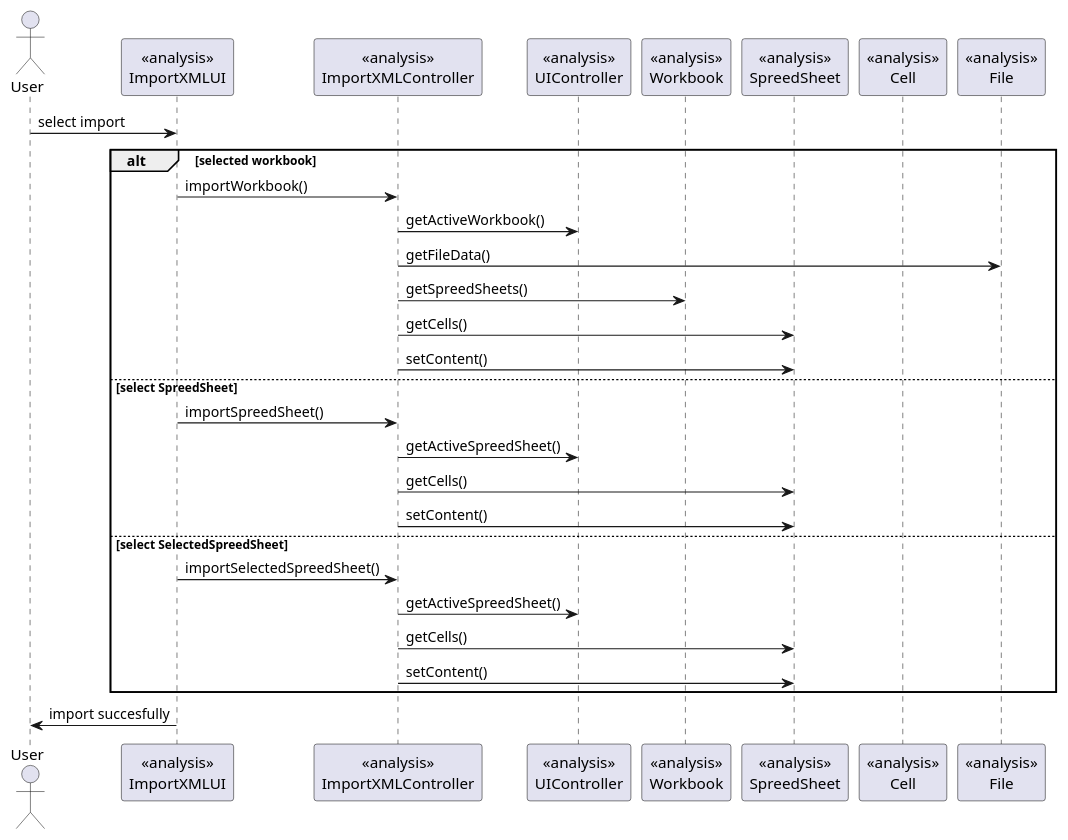
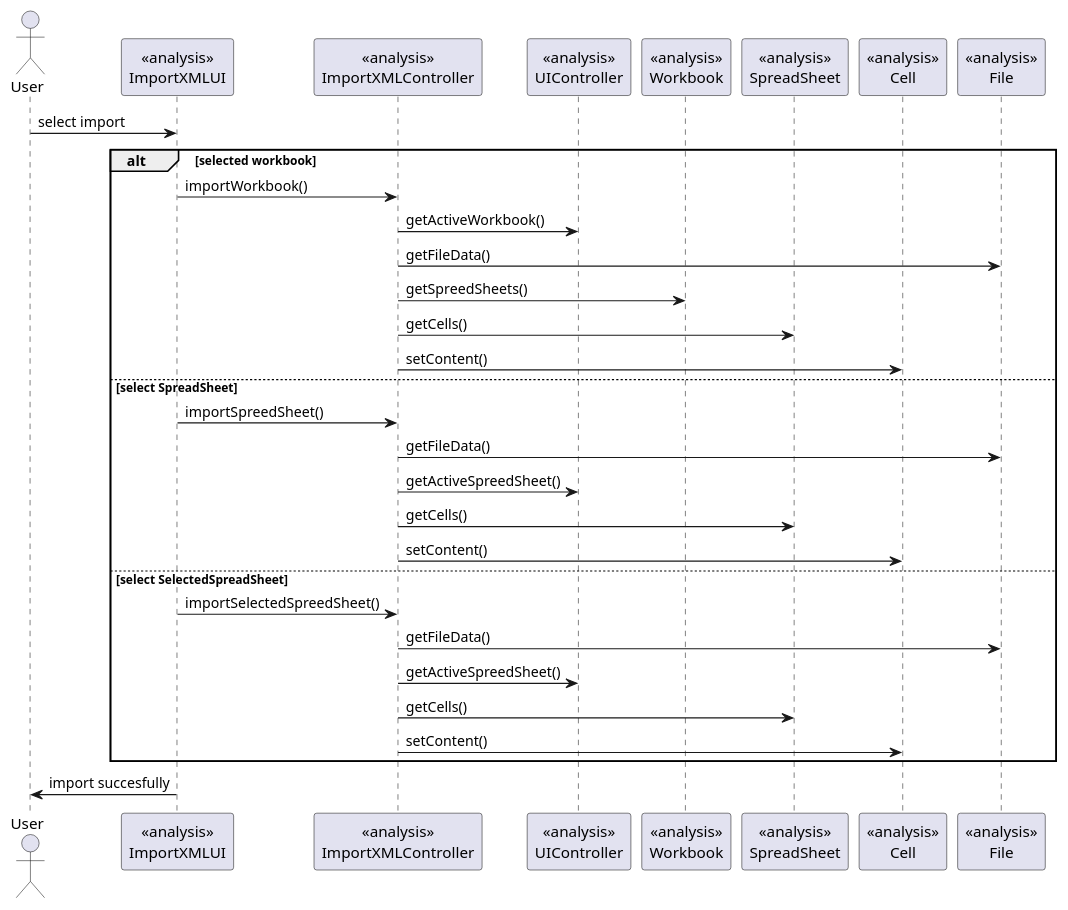
One commit to RubenTeixeira/cleansheets_isep_2dg_2016 changed the diagram in src/main/java/csheets/worklog/n1140611/sprint3/lang08.2_analysis.puml. Above: the diagram before and after it, drawn with PlantUML. The commit also changed 2 other files, not shown here.

Commit message:
LPFOURDG-287 #resolve #time 1h #comment Analysis of lang08.2

```diff
--- a/src/main/java/csheets/worklog/n1140611/sprint3/lang08.2_analysis.puml
+++ b/src/main/java/csheets/worklog/n1140611/sprint3/lang08.2_analysis.puml
@@ -1,34 +1,36 @@
 @startuml doc-files/lang08.2_analysis.png
 
 actor User
 participant "<<analysis>>\nImportXMLUI" as ImportXMLUI
 participant "<<analysis>>\nImportXMLController" as ImportXMLController
 participant "<<analysis>>\nUIController" as UIController
 participant "<<analysis>>\nWorkbook" as Workbook
-participant "<<analysis>>\nSpreedSheet" as SpreedSheet
+participant "<<analysis>>\nSpreadSheet" as SpreadSheet
 participant "<<analysis>>\nCell" as Cell
 participant "<<analysis>>\nFile" as File
 
 User->ImportXMLUI:select import
 
 
 alt selected workbook
 	ImportXMLUI->ImportXMLController:importWorkbook()
 	ImportXMLController->UIController:getActiveWorkbook()
 	ImportXMLController->File:getFileData()
 	ImportXMLController->Workbook:getSpreedSheets()
-	ImportXMLController->SpreedSheet:getCells()
-	ImportXMLController->SpreedSheet:setContent()
-else select SpreedSheet
+	ImportXMLController->SpreadSheet:getCells()
+	ImportXMLController->Cell:setContent()
+else select SpreadSheet
 	ImportXMLUI->ImportXMLController:importSpreedSheet()
+	ImportXMLController->File:getFileData()
 	ImportXMLController->UIController:getActiveSpreedSheet()
-	ImportXMLController->SpreedSheet:getCells()
-	ImportXMLController->SpreedSheet:setContent()
-else select SelectedSpreedSheet
+	ImportXMLController->SpreadSheet:getCells()
+	ImportXMLController->Cell:setContent()
+else select SelectedSpreadSheet
 	ImportXMLUI->ImportXMLController:importSelectedSpreedSheet()
+	ImportXMLController->File:getFileData()
 		ImportXMLController->UIController:getActiveSpreedSheet()
-	ImportXMLController->SpreedSheet:getCells()
-	ImportXMLController->SpreedSheet:setContent()
+	ImportXMLController->SpreadSheet:getCells()
+	ImportXMLController->Cell:setContent()
 end
 ImportXMLUI->User:import succesfully
 @enduml
```
